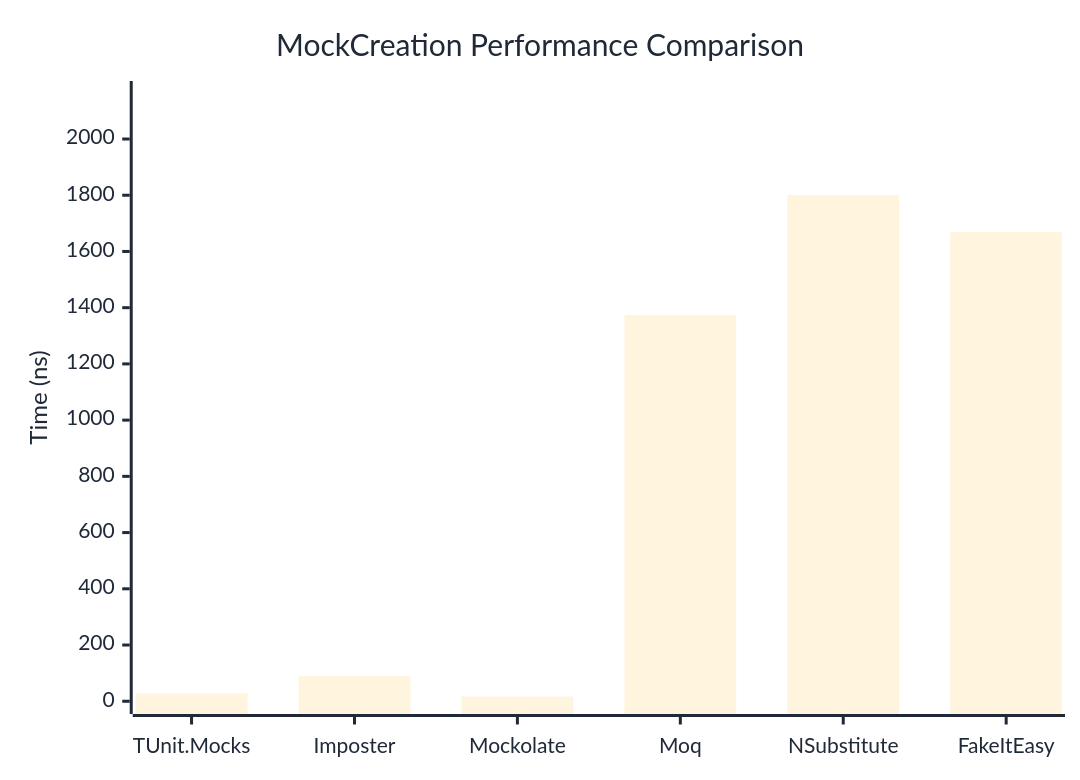
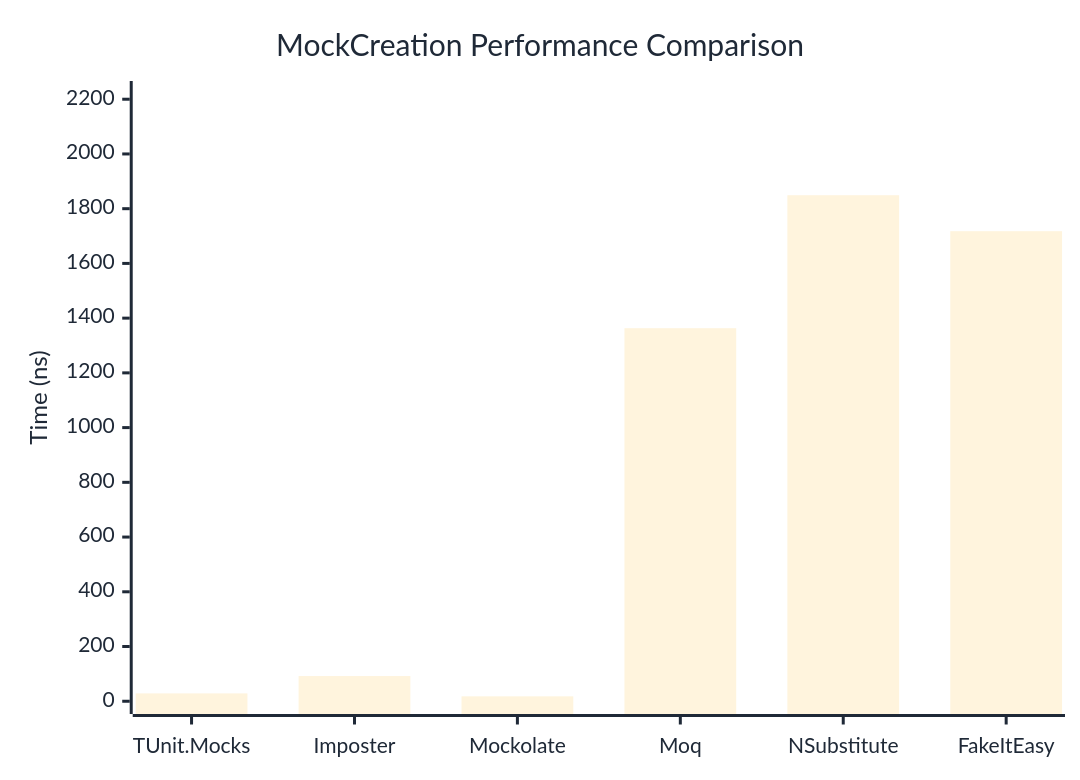
Before and after one commit to thomhurst/TUnit: the first of 2 diagrams in docs/docs/benchmarks/mocks/MockCreation.md, drawn with Mermaid. The commit also changed other lines of this file and 14 other files, not shown here.

````diff
--- a/docs/docs/benchmarks/mocks/MockCreation.md
+++ b/docs/docs/benchmarks/mocks/MockCreation.md
@@ -30,27 +30,27 @@
 ```mermaid
 %%{init: {
   'theme':'base',
   'themeVariables': {
     'primaryColor': '#2563eb',
     'primaryTextColor': '#1f2937',
     'primaryBorderColor': '#1e40af',
     'lineColor': '#6b7280',
     'secondaryColor': '#7c3aed',
     'tertiaryColor': '#dc2626',
     'background': '#ffffff',
     'pie1': '#2563eb',
     'pie2': '#7c3aed',
     'pie3': '#dc2626',
     'pie4': '#f59e0b',
     'pie5': '#10b981',
     'pie6': '#06b6d4',
     'pie7': '#ec4899',
     'pie8': '#6366f1'
   }
 }}%%
 xychart-beta
   title "MockCreation Performance Comparison"
   x-axis ["TUnit.Mocks", "Imposter", "Mockolate", "Moq", "NSubstitute", "FakeItEasy"]
-  y-axis "Time (ns)" 0 --> 2161
-  bar [28.09, 89.39, 16.69, 1374.14, 1800.64, 1669.06]
+  y-axis "Time (ns)" 0 --> 2220
+  bar [28.69, 92.12, 17.94, 1363.28, 1849.19, 1717.8]
 ```
````
